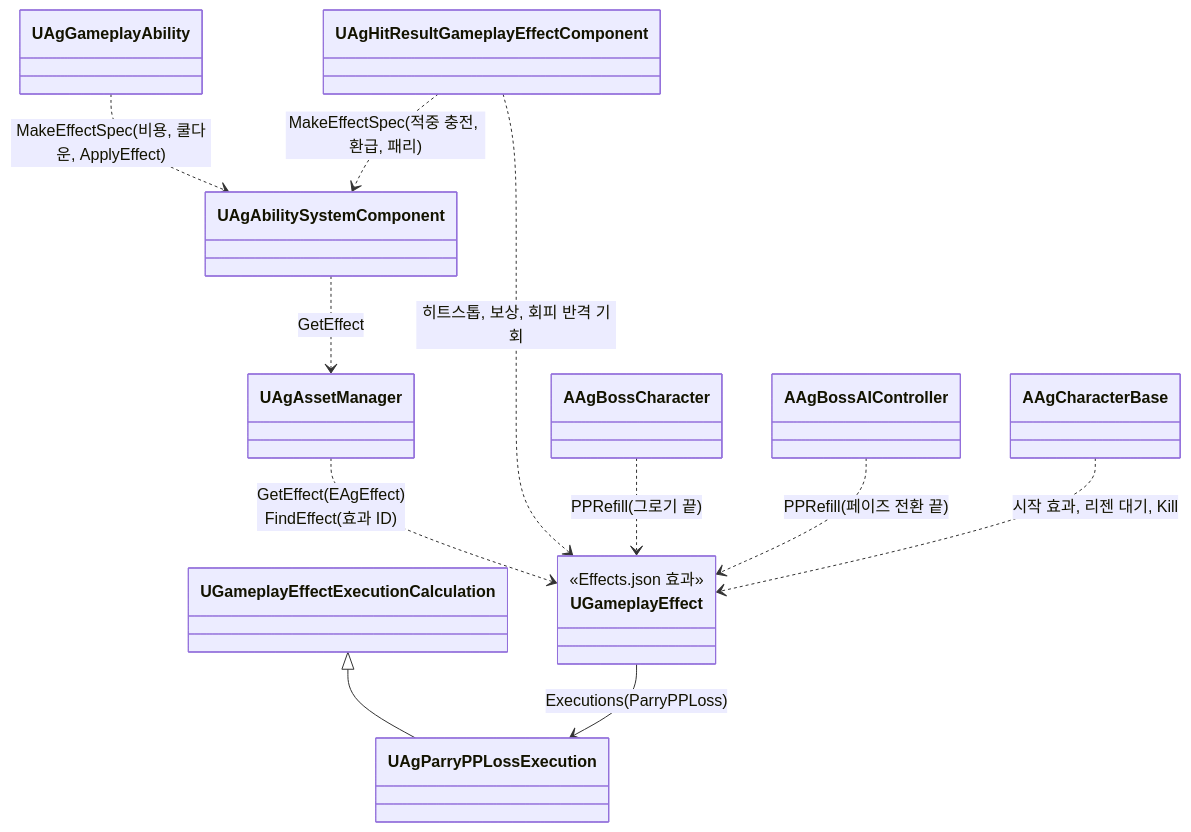
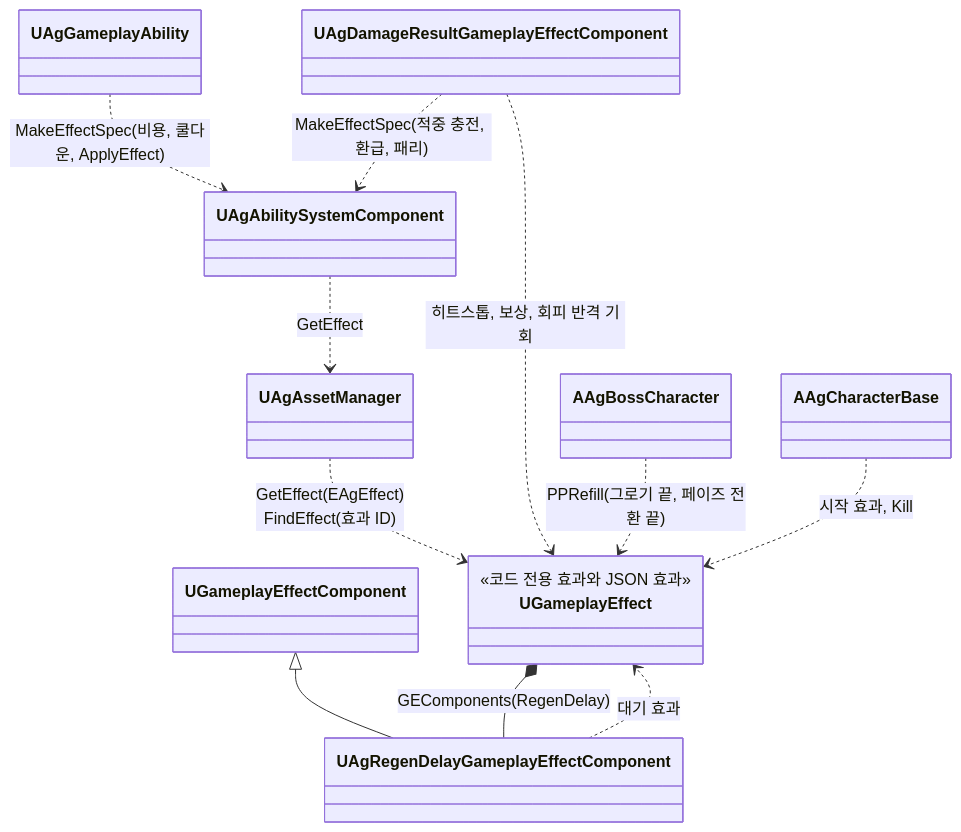
The fourth of 4 diagrams in Docs/Program/캐릭터와 GAS.md (Woogl/Ag), drawn with Mermaid before and after one commit. The commit also changed other lines of this file and 146 other files, not shown here.

Commit message:
구현: 전투 Task와 GameplayEffect 구조 정리 및 연출·문서 갱신

````diff
--- a/Docs/Program/캐릭터와 GAS.md
+++ b/Docs/Program/캐릭터와 GAS.md
@@ -129,17 +129,17 @@
 ```mermaid
 classDiagram
     direction TB
     class UGameplayEffect {
-        <<Effects.json 효과>>
+        <<코드 전용 효과와 JSON 효과>>
     }
     UAgAssetManager ..> UGameplayEffect : GetEffect(EAgEffect)<br>FindEffect(효과 ID)
-    UGameplayEffectExecutionCalculation <|-- UAgParryPPLossExecution
-    UGameplayEffect --> UAgParryPPLossExecution : Executions(ParryPPLoss)
+    UGameplayEffectComponent <|-- UAgRegenDelayGameplayEffectComponent
+    UGameplayEffect *-- UAgRegenDelayGameplayEffectComponent : GEComponents(RegenDelay)
+    UAgRegenDelayGameplayEffectComponent ..> UGameplayEffect : 대기 효과
     UAgAbilitySystemComponent ..> UAgAssetManager : GetEffect
     UAgGameplayAbility ..> UAgAbilitySystemComponent : MakeEffectSpec(비용, 쿨다운, ApplyEffect)
-    UAgHitResultGameplayEffectComponent ..> UAgAbilitySystemComponent : MakeEffectSpec(적중 충전, 환급, 패리)
-    UAgHitResultGameplayEffectComponent ..> UGameplayEffect : 히트스톱, 보상, 회피 반격 기회
-    AAgBossCharacter ..> UGameplayEffect : PPRefill(그로기 끝)
-    AAgBossAIController ..> UGameplayEffect : PPRefill(페이즈 전환 끝)
-    AAgCharacterBase ..> UGameplayEffect : 시작 효과, 리젠 대기, Kill
+    UAgDamageResultGameplayEffectComponent ..> UAgAbilitySystemComponent : MakeEffectSpec(적중 충전, 환급, 패리)
+    UAgDamageResultGameplayEffectComponent ..> UGameplayEffect : 히트스톱, 보상, 회피 반격 기회
+    AAgBossCharacter ..> UGameplayEffect : PPRefill(그로기 끝, 페이즈 전환 끝)
+    AAgCharacterBase ..> UGameplayEffect : 시작 효과, Kill
 ```
````
